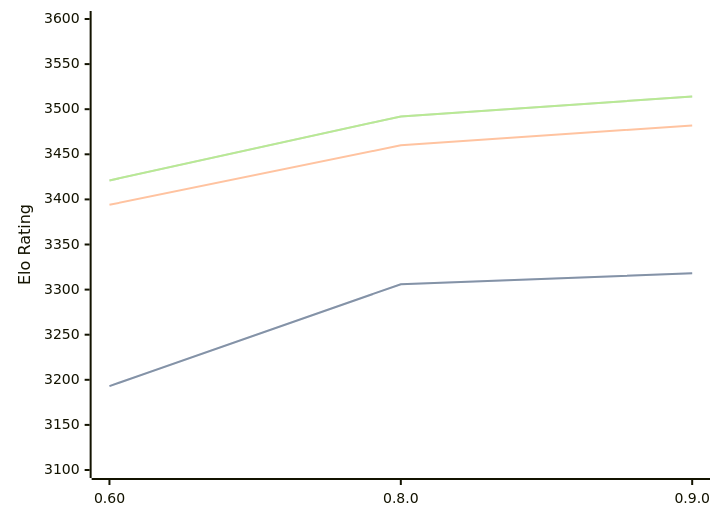
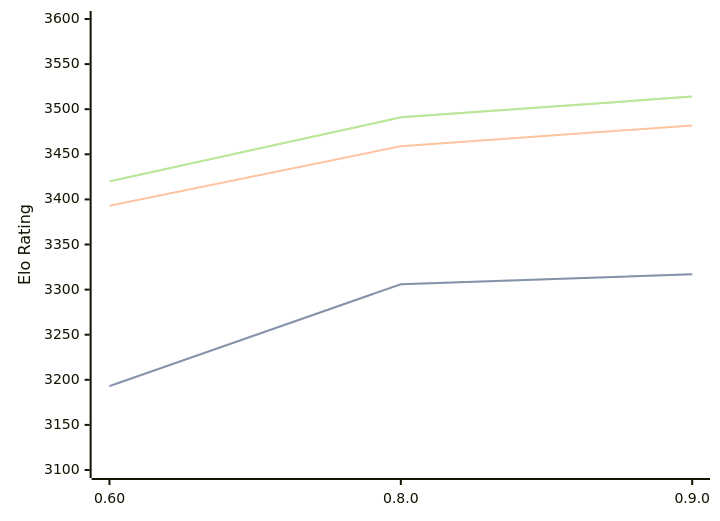
Before and after one commit to computer-chess-index/cci: the diagram in engines/Motor.md, drawn with Mermaid. The commit also changed other lines of this file, not shown here.

Commit message:
Update CCI Ratings (ELO VLTC) - 2026-06-10

````diff
--- a/engines/Motor.md
+++ b/engines/Motor.md
@@ -39,11 +39,11 @@
 ```mermaid
 %%{init: {"theme":"base","themeVariables":{"seriesColors:['#a3a3a3','#222221','#faa371']}}}%%
 xychart-beta
   x-axis ["0.60", "0.8.0", "0.9.0"]
   y-axis "Elo Rating" 3100 --> 3600
-  line "STC (8.0+0.08s)" [3193, 3306, 3318]
-  line "STC (8.0+0.08s)" [3193, 3306, 3318]
-  line "LTC (60.0+0.60s)" [3394, 3460, 3482]
-  line "VLTC (2m24s+1.12s)" [3421, 3492, 3514]
-  line "VLTC (2m24s+1.12s)" [3421, 3492, 3514]
+  line "STC (8.0+0.08s)" [3193, 3306, 3317]
+  line "STC (8.0+0.08s)" [3193, 3306, 3317]
+  line "LTC (60.0+0.60s)" [3393, 3459, 3482]
+  line "VLTC (2m24s+1.12s)" [3420, 3491, 3514]
+  line "VLTC (2m24s+1.12s)" [3420, 3491, 3514]
 ```
````
